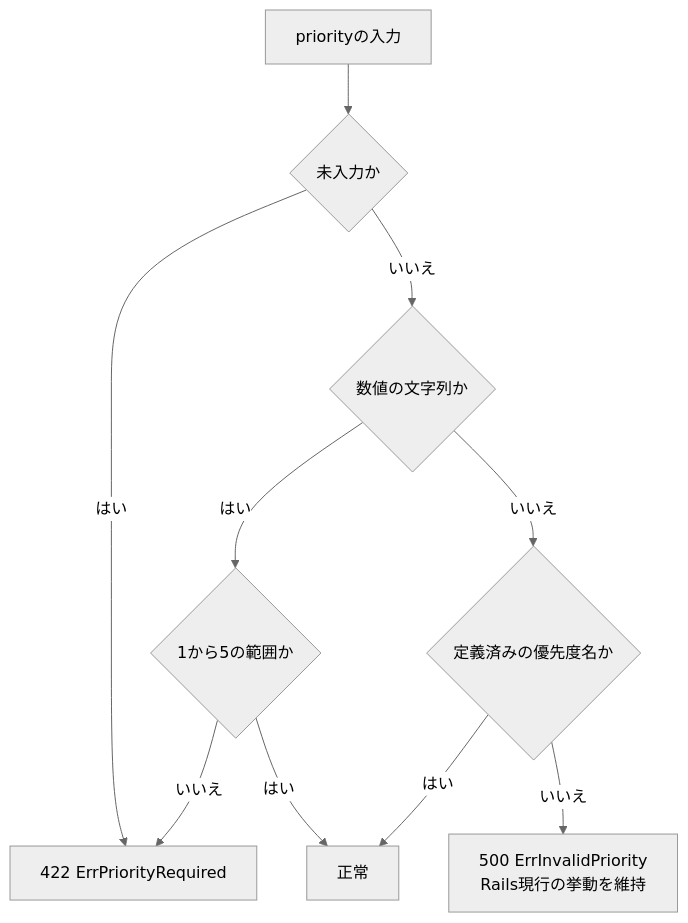
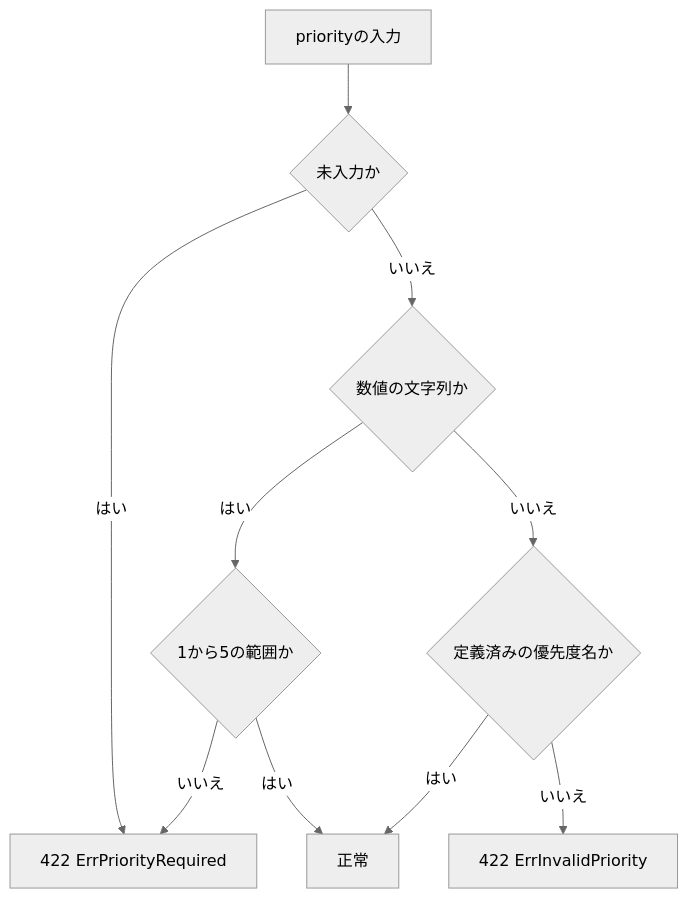
The seventh of 7 diagrams in 計画書/Go実装仕様書/タスク管理機能_Go実装仕様書.md (yuta20253/edu-platform-go-design), drawn with Mermaid (neutral theme) before and after one commit. The commit also changed other lines of this file and 42 other files, not shown here.

````diff
--- a/計画書/Go実装仕様書/タスク管理機能_Go実装仕様書.md
+++ b/計画書/Go実装仕様書/タスク管理機能_Go実装仕様書.md
@@ -517,12 +514,12 @@
 ```mermaid
 flowchart TD
     A[priorityの入力] --> B{未入力か}
     B -- はい --> E422[422 ErrPriorityRequired]
     B -- いいえ --> C{数値の文字列か}
     C -- はい --> D{1から5の範囲か}
     D -- いいえ --> E422
     D -- はい --> OK[正常]
     C -- いいえ --> F{定義済みの優先度名か}
     F -- はい --> OK
-    F -- いいえ --> E500[500 ErrInvalidPriority<br/>Rails現行の挙動を維持]
+    F -- いいえ --> E422C[422 ErrInvalidPriority]
 ```
````
